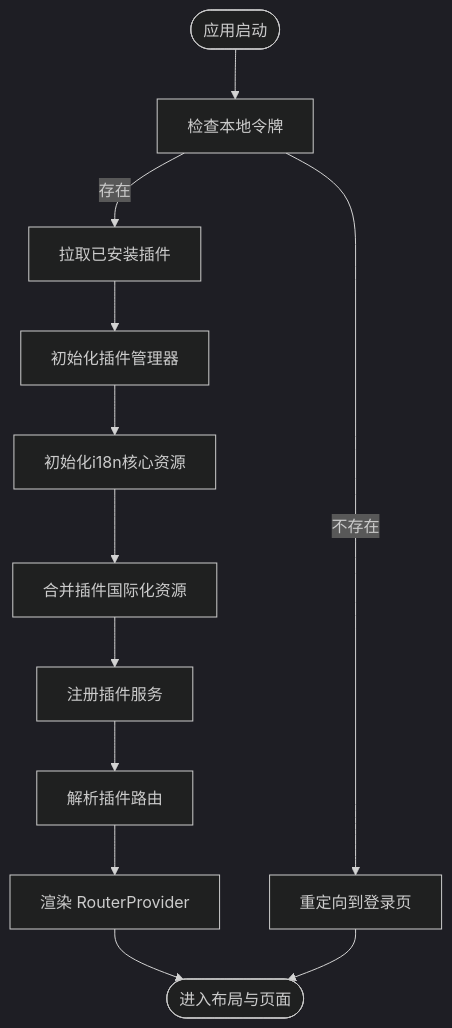
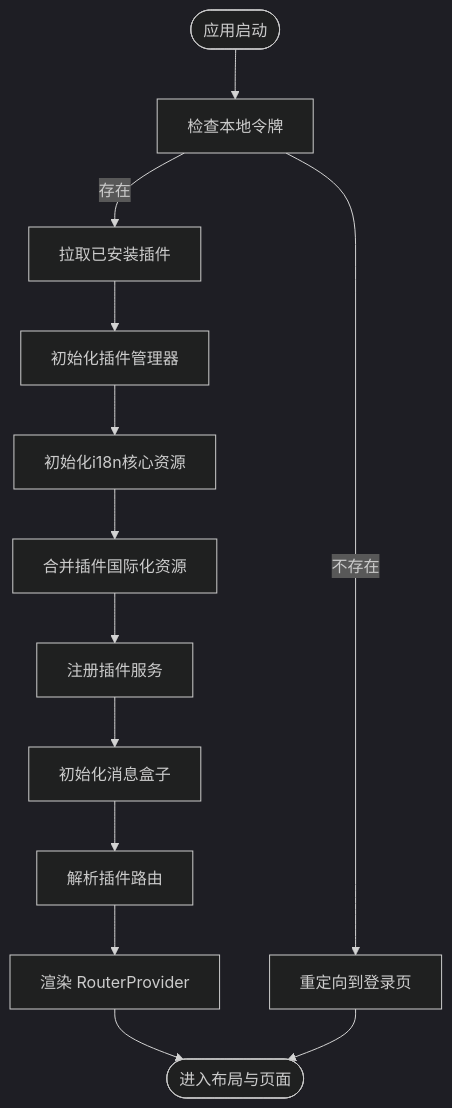
Before and after one commit to LRF0422/Kotion: the fourth of 16 diagrams in .qoder/repowiki/zh/content/核心模块/核心模块.md, drawn with Mermaid (dark theme). The commit also changed other lines of this file and 19 other files, not shown here.

````diff
--- a/.qoder/repowiki/zh/content/核心模块/核心模块.md
+++ b/.qoder/repowiki/zh/content/核心模块/核心模块.md
@@ -386,14 +399,15 @@
 ```mermaid
 flowchart TD
 Start(["应用启动"]) --> CheckAuth["检查本地令牌"]
 CheckAuth --> |存在| LoadInstalled["拉取已安装插件"]
 CheckAuth --> |不存在| RedirectLogin["重定向到登录页"]
 LoadInstalled --> InitPM["初始化插件管理器"]
 InitPM --> InitI18n["初始化i18n核心资源"]
 InitI18n --> MergeLocales["合并插件国际化资源"]
 MergeLocales --> RegisterServices["注册插件服务"]
-RegisterServices --> BuildRoutes["解析插件路由"]
+RegisterServices --> InitMessageBox["初始化消息盒子"]
+InitMessageBox --> BuildRoutes["解析插件路由"]
 BuildRoutes --> RenderRouter["渲染 RouterProvider"]
 RenderRouter --> End(["进入布局与页面"])
 RedirectLogin --> End
 ```
````
